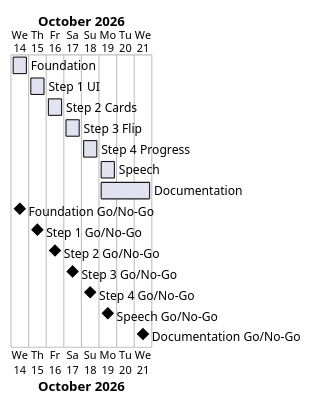
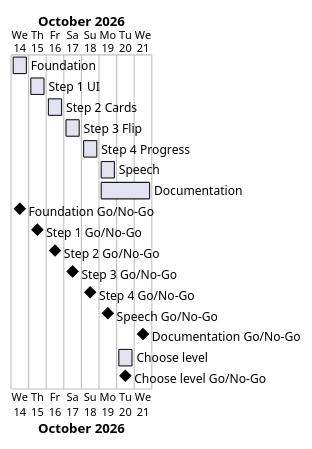
Before and after one commit to Tirsvad-Udemy-100-days-of-code/031-flash-card: the diagram in docs/project-plan.md, drawn with PlantUML. The commit also changed other lines of this file and 24 other files, not shown here.

First line of the commit message:
MIL-008 plan and design: choose level (100, 1000 or all words)

````diff
--- a/docs/project-plan.md
+++ b/docs/project-plan.md
@@ -42,19 +44,21 @@
 ```plantuml
 @startgantt
 Project starts 2026-10-14
 [Foundation] starts 2026-10-14 and ends 2026-10-14
 [Step 1 UI] starts 2026-10-15 and ends 2026-10-15
 [Step 2 Cards] starts 2026-10-16 and ends 2026-10-16
 [Step 3 Flip] starts 2026-10-17 and ends 2026-10-17
 [Step 4 Progress] starts 2026-10-18 and ends 2026-10-18
 [Speech] starts 2026-10-19 and ends 2026-10-19
 [Documentation] starts 2026-10-19 and ends 2026-10-21
 [Foundation Go/No-Go] happens 2026-10-14
 [Step 1 Go/No-Go] happens 2026-10-15
 [Step 2 Go/No-Go] happens 2026-10-16
 [Step 3 Go/No-Go] happens 2026-10-17
 [Step 4 Go/No-Go] happens 2026-10-18
 [Speech Go/No-Go] happens 2026-10-19
 [Documentation Go/No-Go] happens 2026-10-21
+[Choose level] starts 2026-10-20 and ends 2026-10-20
+[Choose level Go/No-Go] happens 2026-10-20
 @endgantt
 ```
````
